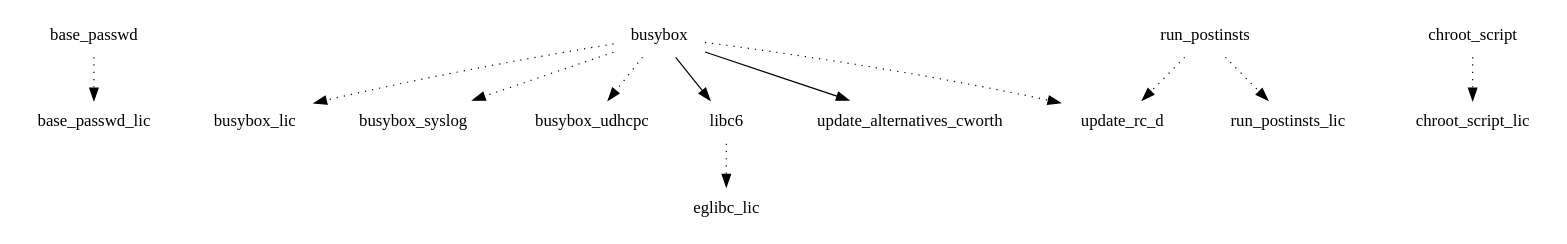
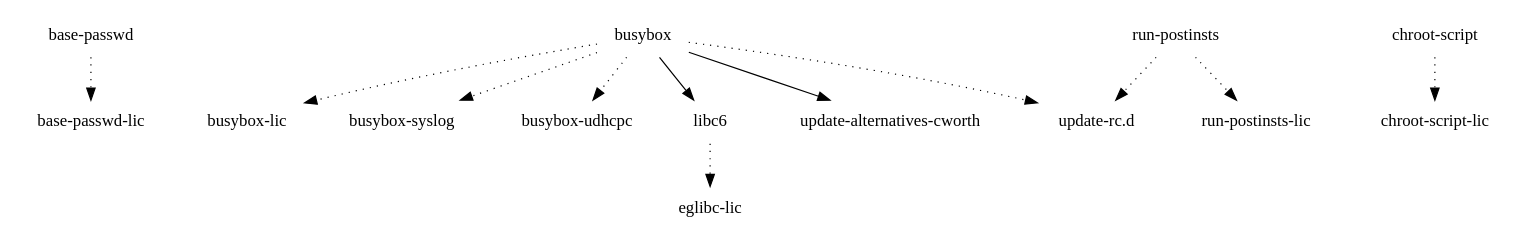
One commit to webOS-ports/buildhistory changed the diagram in images/maguro/eglibc/chroot-image/depends-nokernel.dot. Above: the diagram before and after it, drawn with Graphviz. The commit also changed 16 other files, not shown here.

```diff
--- a/images/maguro/eglibc/chroot-image/depends-nokernel.dot
+++ b/images/maguro/eglibc/chroot-image/depends-nokernel.dot
@@ -1,14 +1,14 @@
 digraph depends {
     node [shape=plaintext]
-base_passwd -> base_passwd_lic [style=dotted];
-busybox -> busybox_lic [style=dotted];
-busybox -> busybox_syslog [style=dotted];
-busybox -> busybox_udhcpc [style=dotted];
-busybox -> libc6;
-busybox -> update_alternatives_cworth;
-busybox -> update_rc_d [style=dotted];
-chroot_script -> chroot_script_lic [style=dotted];
-libc6 -> eglibc_lic [style=dotted];
-run_postinsts -> run_postinsts_lic [style=dotted];
-run_postinsts -> update_rc_d [style=dotted];
+"base-passwd" -> "base-passwd-lic" [style=dotted];
+"busybox" -> "busybox-lic" [style=dotted];
+"busybox" -> "busybox-syslog" [style=dotted];
+"busybox" -> "busybox-udhcpc" [style=dotted];
+"busybox" -> "libc6";
+"busybox" -> "update-alternatives-cworth";
+"busybox" -> "update-rc.d" [style=dotted];
+"chroot-script" -> "chroot-script-lic" [style=dotted];
+"libc6" -> "eglibc-lic" [style=dotted];
+"run-postinsts" -> "run-postinsts-lic" [style=dotted];
+"run-postinsts" -> "update-rc.d" [style=dotted];
 }
```
